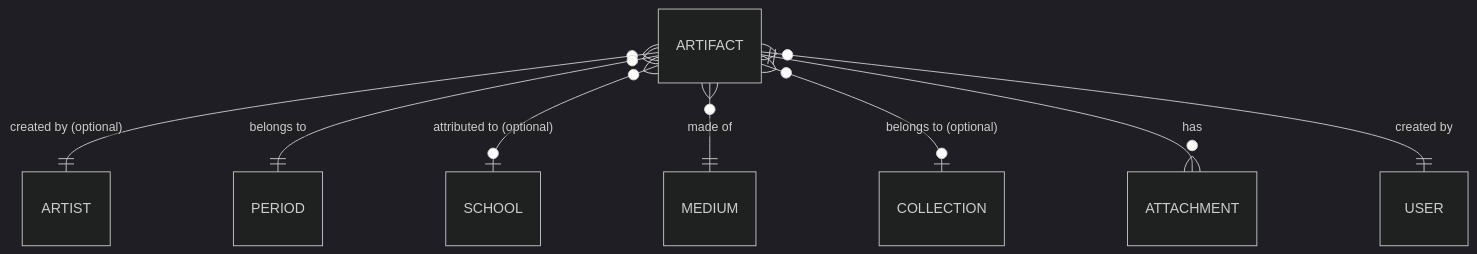
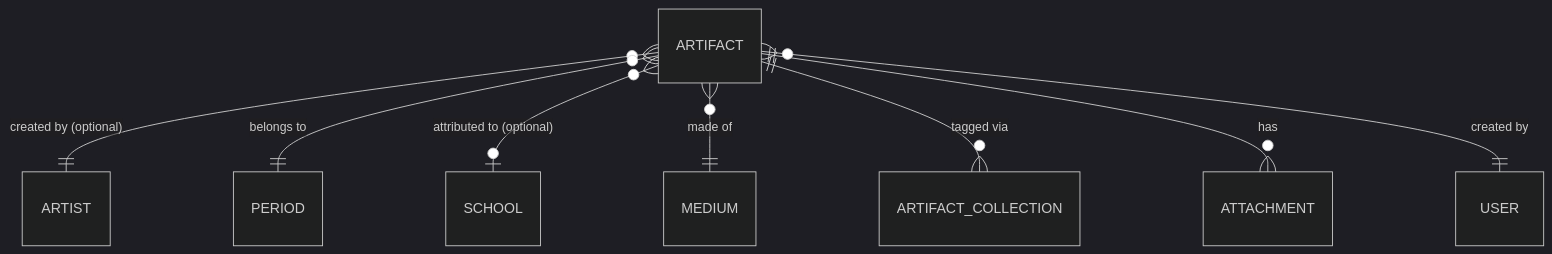
Before and after one commit to gdavydov/Artium-AI: the fourth of 16 diagrams in Artium-Gallery_Design_Document.md, drawn with Mermaid (dark theme). The commit also changed other lines of this file and 5 other files, not shown here.

````diff
--- a/Artium-Gallery_Design_Document.md
+++ b/Artium-Gallery_Design_Document.md
@@ -1052,10 +1096,10 @@
 ```mermaid
 erDiagram
   ARTIFACT }o--|| ARTIST : "created by (optional)"
   ARTIFACT }o--|| PERIOD : "belongs to"
   ARTIFACT }o--o| SCHOOL : "attributed to (optional)"
   ARTIFACT }o--|| MEDIUM : "made of"
-  ARTIFACT }o--o| COLLECTION : "belongs to (optional)"
+  ARTIFACT ||--o{ ARTIFACT_COLLECTION : "tagged via"
   ARTIFACT ||--o{ ATTACHMENT : has
   ARTIFACT }o--|| USER : "created by"
 ```
````
